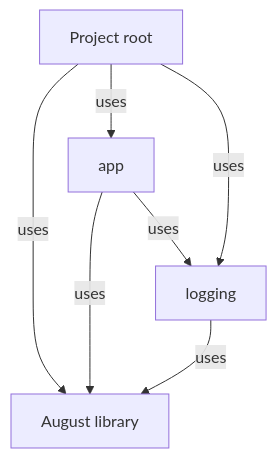
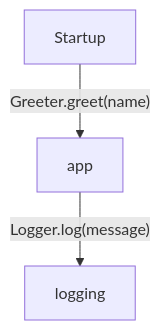
Before and after one commit to GreenPandaStudios/augscript: the first of 2 diagrams in docs/examples/hello/diagrams/index.md, drawn with Mermaid. The commit also changed other lines of this file and 524 other files, not shown here.

Commit message:
Explain checked data flow at folder and service levels

````diff
--- a/docs/examples/hello/diagrams/index.md
+++ b/docs/examples/hello/diagrams/index.md
@@ -21,13 +19,8 @@
 ```mermaid
 flowchart TD
-    n0["August library"]
-    n1["Project root"]
-    n2["app"]
-    n3["logging"]
-    n1 -->|"uses"| n0
-    n1 -->|"uses"| n2
-    n1 -->|"uses"| n3
-    n2 -->|"uses"| n0
-    n2 -->|"uses"| n3
-    n3 -->|"uses"| n0
+    n0["app"]
+    n1["logging"]
+    n2["Startup"]
+    n0 -->|"Logger.log(message)"| n1
+    n2 -->|"Greeter.greet(name)"| n0
 ```
````
